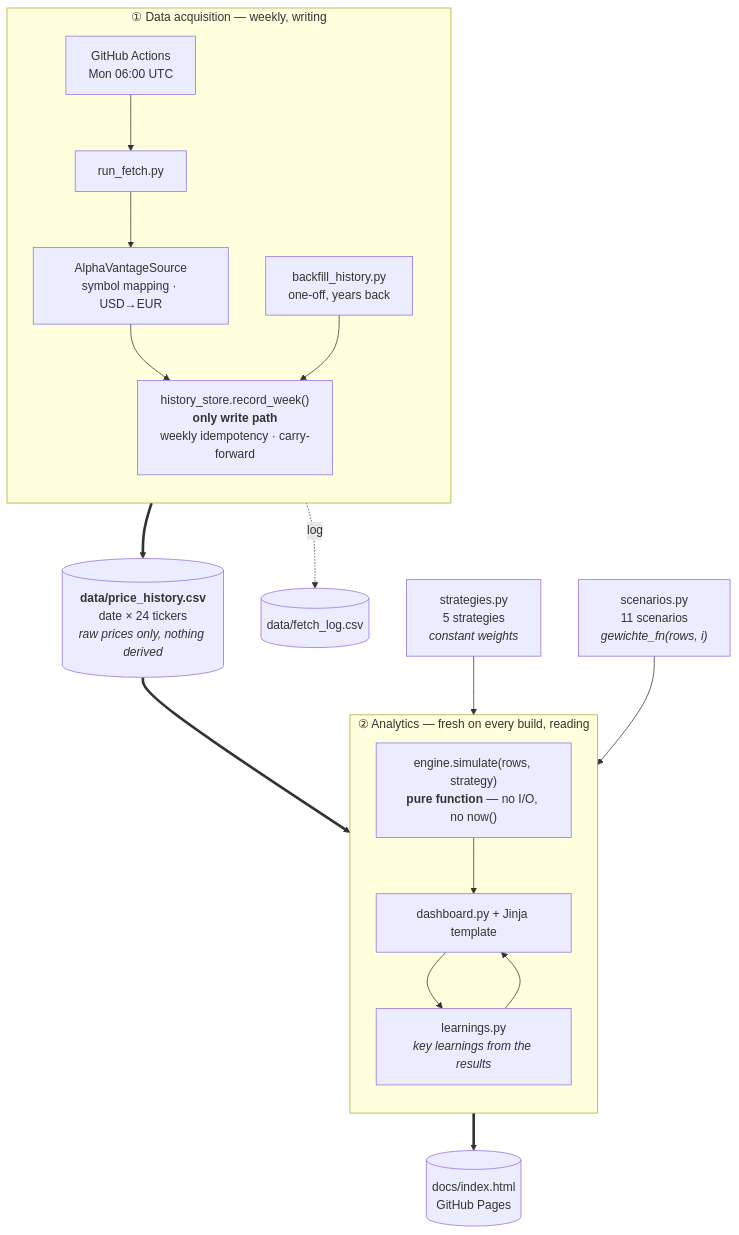
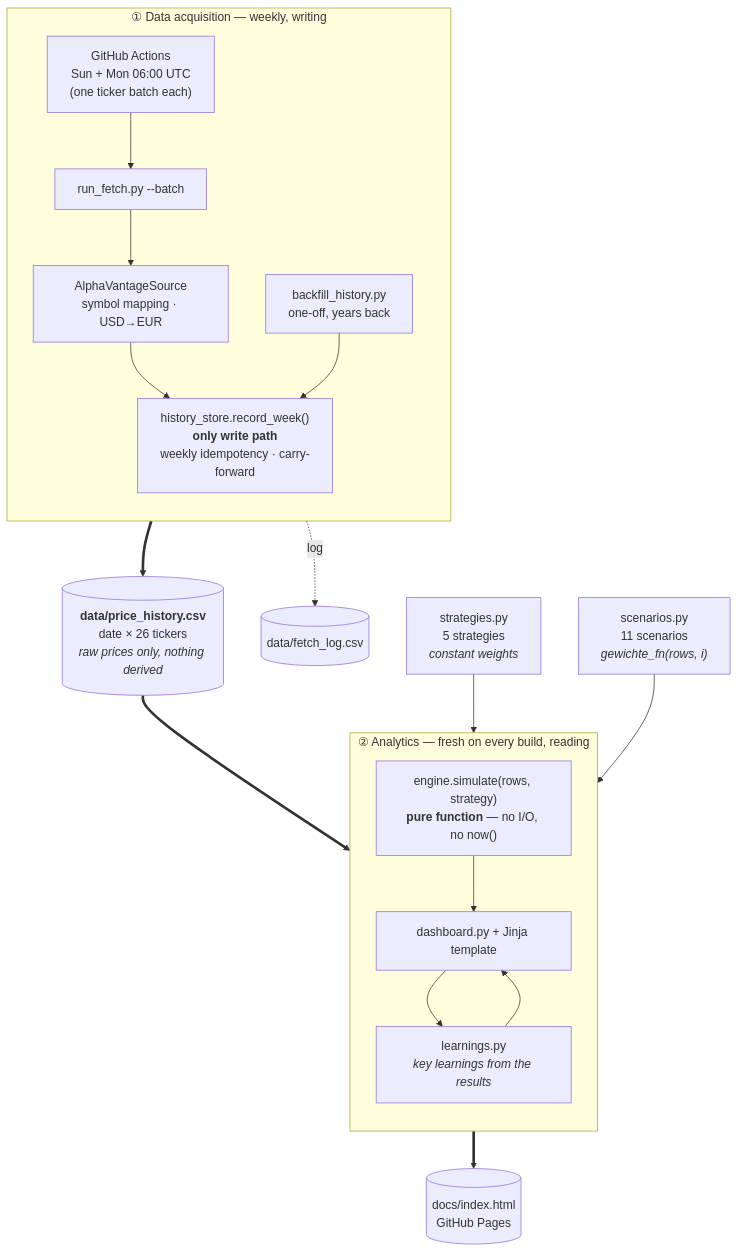
The diagram in README.md (S540d/Boersenspiel), drawn with Mermaid before and after one commit. The commit also changed other lines of this file and 14 other files, not shown here.

````diff
--- a/README.md
+++ b/README.md
@@ -97,27 +110,27 @@
 ```mermaid
 flowchart TB
     subgraph beschaffung["① Data acquisition — weekly, writing"]
         direction TB
-        cron["GitHub Actions<br/>Mon 06:00 UTC"] --> fetch["run_fetch.py"]
+        cron["GitHub Actions<br/>Sun + Mon 06:00 UTC<br/>(one ticker batch each)"] --> fetch["run_fetch.py --batch"]
         fetch --> av["AlphaVantageSource<br/>symbol mapping · USD→EUR"]
         av --> store
         back["backfill_history.py<br/>one-off, years back"] --> store
         store["history_store.record_week()<br/><b>only write path</b><br/>weekly idempotency · carry-forward"]
     end
 
-    store ==> csv[("<b>data/price_history.csv</b><br/>date × 24 tickers<br/><i>raw prices only, nothing derived</i>")]
+    store ==> csv[("<b>data/price_history.csv</b><br/>date × 26 tickers<br/><i>raw prices only, nothing derived</i>")]
     store -.log.-> log[("data/fetch_log.csv")]
 
     subgraph auswertung["② Analytics — fresh on every build, reading"]
         direction TB
         sim["engine.simulate(rows, strategy)<br/><b>pure function</b> — no I/O, no now()"]
         sim --> dash["dashboard.py + Jinja template"]
         dash --> learn["learnings.py<br/><i>key learnings from the results</i>"]
         learn --> dash
     end
 
     csv ==> sim
     strat["strategies.py<br/>5 strategies<br/><i>constant weights</i>"] --> sim
     scen["scenarios.py<br/>11 scenarios<br/><i>gewichte_fn(rows, i)</i>"] --> sim
     dash ==> html[("docs/index.html<br/>GitHub Pages")]
 ```
````
